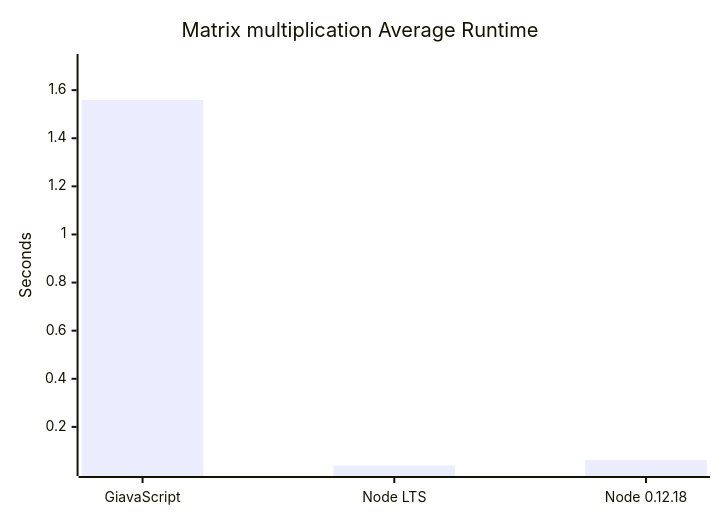
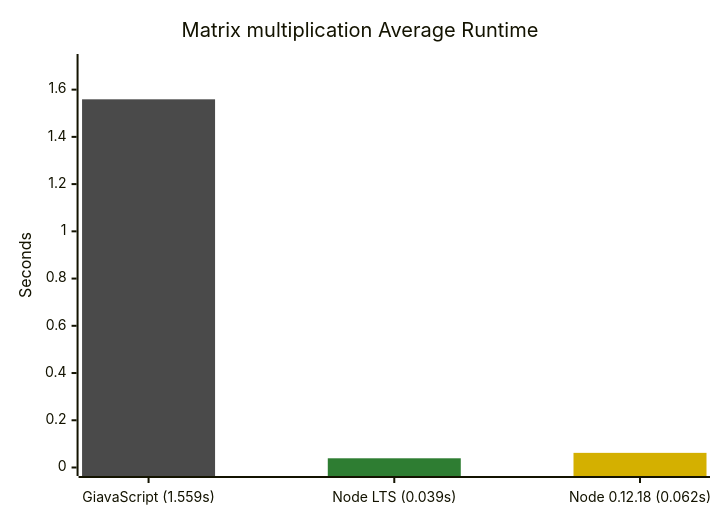
Before and after one commit to GiavaScript/GiavaScript: the second of 4 diagrams in README.md, drawn with Mermaid. The commit also changed other lines of this file and 1 other file, not shown here.

Commit message:
improved charts

````diff
--- a/README.md
+++ b/README.md
@@ -85,7 +88,10 @@
 ```mermaid
+%%{init: {"themeVariables": {"xyChart": {"plotColorPalette": "#4a4a4a, #2e7d32, #d4b000"}}}}%%
 xychart-beta
     title "Matrix multiplication Average Runtime"
-    x-axis ["GiavaScript", "Node LTS", "Node 0.12.18"]
-    y-axis "Seconds" 0.0312 --> 1.7149
-    bar [1.559, 0.039, 0.062]
+    x-axis ["GiavaScript (1.559s)", "Node LTS (0.039s)", "Node 0.12.18 (0.062s)"]
+    y-axis "Seconds" 0 --> 1.7149
+    bar [1.559, -1, -1]
+    bar [-1, 0.039, -1]
+    bar [-1, -1, 0.062]
 ```
````
